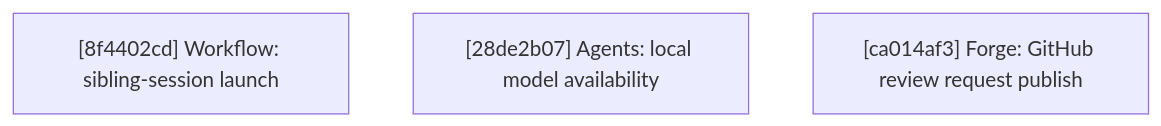
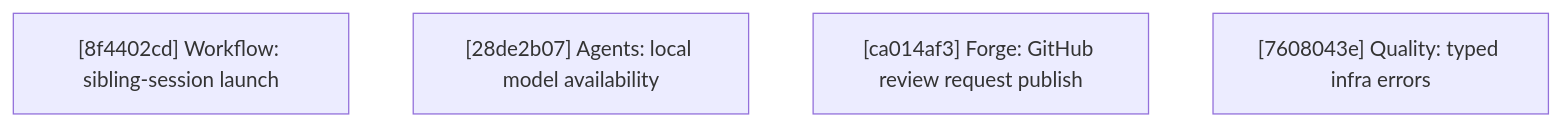
One commit to opencloudtool/agentty changed the diagram in docs/plan/roadmap.md. Above: the diagram before and after it, drawn with Mermaid. The commit also changed other lines of this file, not shown here.

First line of the commit message:
Promote typed infra errors card to Ready Now with full substep expansion

````diff
--- a/docs/plan/roadmap.md
+++ b/docs/plan/roadmap.md
@@ -125,6 +154,7 @@
 ```mermaid
 flowchart TD
     R1["[8f4402cd] Workflow: sibling-session launch"]
     R2["[28de2b07] Agents: local model availability"]
     R3["[ca014af3] Forge: GitHub review request publish"]
+    R4["[7608043e] Quality: typed infra errors"]
 ```
````
